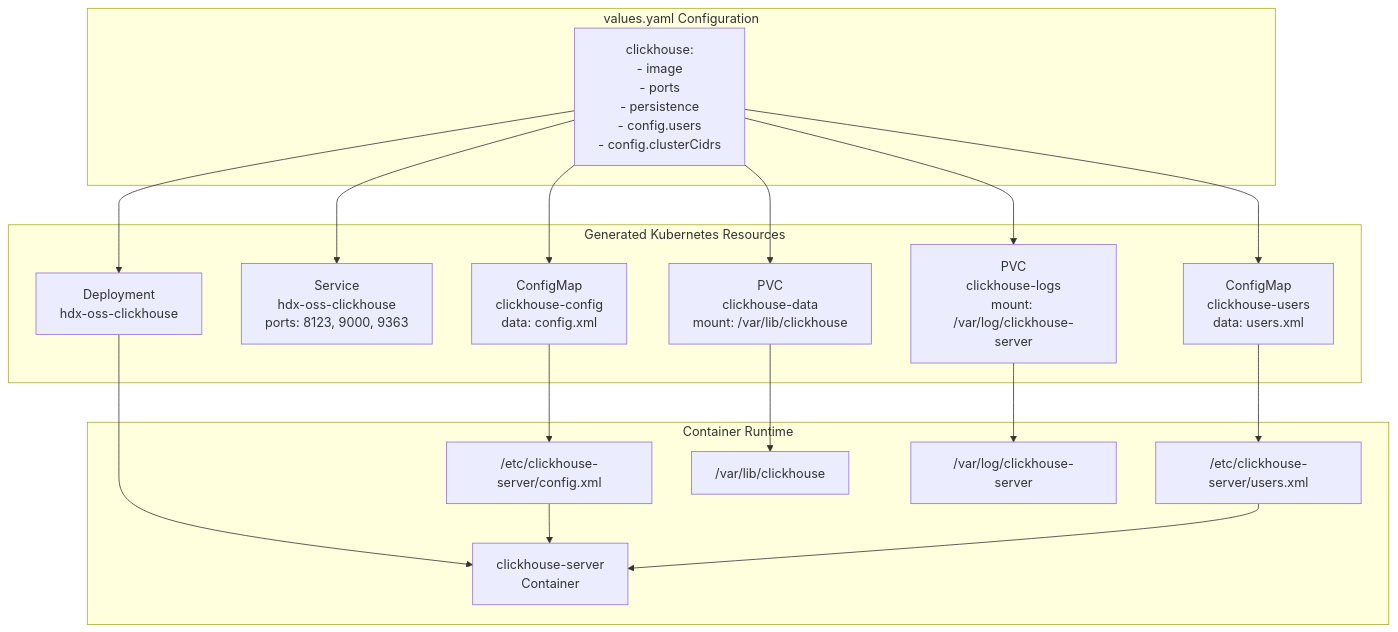
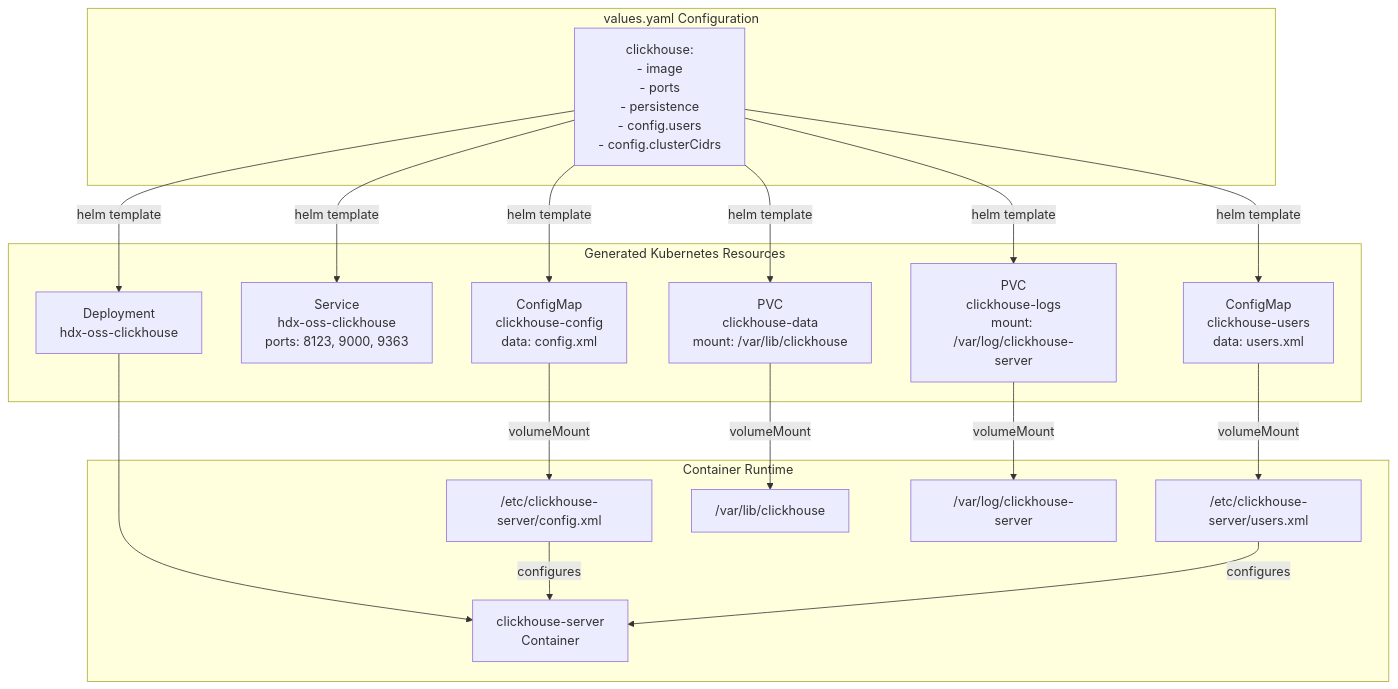
Before and after one commit to openchoreo/openchoreo: the first of 4 diagrams in docs/hyperdxio-helm-charts-docs/ClickHouse-Configuration.md, drawn with Mermaid. The commit also changed other lines of this file and 85 other files, not shown here.

Commit message:
feat: Add new workflow and specification templates, update Helm chart dependencies, and clarify documentation diagrams.

````diff
--- a/docs/hyperdxio-helm-charts-docs/ClickHouse-Configuration.md
+++ b/docs/hyperdxio-helm-charts-docs/ClickHouse-Configuration.md
@@ -17,51 +17,51 @@
 ```mermaid
 flowchart TD
 
 ValuesYAML["clickhouse:<br>- image<br>- ports<br>- persistence<br>- config.users<br>- config.clusterCidrs"]
 Deployment["Deployment<br>hdx-oss-clickhouse"]
 Service["Service<br>hdx-oss-clickhouse<br>ports: 8123, 9000, 9363"]
 ConfigMap1["ConfigMap<br>clickhouse-config<br>data: config.xml"]
 ConfigMap2["ConfigMap<br>clickhouse-users<br>data: users.xml"]
 PVC1["PVC<br>clickhouse-data<br>mount: /var/lib/clickhouse"]
 PVC2["PVC<br>clickhouse-logs<br>mount: /var/log/clickhouse-server"]
 Container["clickhouse-server<br>Container"]
 ConfigXML["/etc/clickhouse-server/config.xml"]
 UsersXML["/etc/clickhouse-server/users.xml"]
 DataDir["/var/lib/clickhouse"]
 LogDir["/var/log/clickhouse-server"]
 
-ValuesYAML --> Deployment
-ValuesYAML --> Service
-ValuesYAML --> ConfigMap1
-ValuesYAML --> ConfigMap2
-ValuesYAML --> PVC1
-ValuesYAML --> PVC2
+ValuesYAML -->|"helm template"| Deployment
+ValuesYAML -->|"helm template"| Service
+ValuesYAML -->|"helm template"| ConfigMap1
+ValuesYAML -->|"helm template"| ConfigMap2
+ValuesYAML -->|"helm template"| PVC1
+ValuesYAML -->|"helm template"| PVC2
 Deployment --> Container
-ConfigMap1 --> ConfigXML
-ConfigMap2 --> UsersXML
-PVC1 --> DataDir
-PVC2 --> LogDir
+ConfigMap1 -->|"volumeMount"| ConfigXML
+ConfigMap2 -->|"volumeMount"| UsersXML
+PVC1 -->|"volumeMount"| DataDir
+PVC2 -->|"volumeMount"| LogDir
 
 subgraph subGraph2 ["Container Runtime"]
     Container
     ConfigXML
     UsersXML
     DataDir
     LogDir
-    ConfigXML --> Container
-    UsersXML --> Container
+    ConfigXML -->|"configures"| Container
+    UsersXML -->|"configures"| Container
 end
 
 subgraph subGraph1 ["Generated Kubernetes Resources"]
     Deployment
     Service
     ConfigMap1
     ConfigMap2
     PVC1
     PVC2
 end
 
 subgraph subGraph0 ["values.yaml Configuration"]
     ValuesYAML
 end
 ```
````
